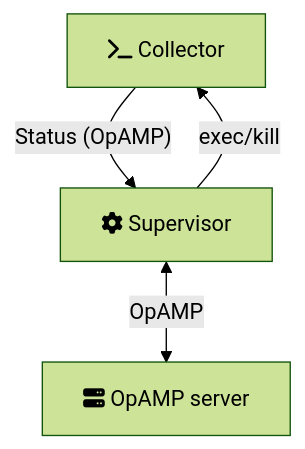
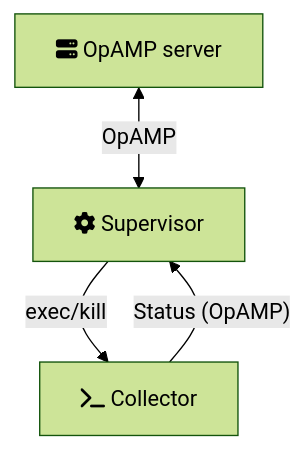
The diagram in diagram/supervised-control.mmd (evan-bradley/supervisor-talk), drawn with Mermaid (forest theme) before and after one commit. The commit also changed 1 other file, not shown here.

Commit message:
Move Server node to the top of the flow

```diff
--- a/diagram/supervised-control.mmd
+++ b/diagram/supervised-control.mmd
@@ -1,13 +1,13 @@
 flowchart TB
     server["fa:fa-server OpAMP server"]
     collector["fa:fa-terminal Collector"]
     supervisor["fa:fa-gear Supervisor"]
 
+    server <-->|OpAMP| supervisor
     collector -->|"Status (OpAMP)"| supervisor
-    supervisor <-->|OpAMP| server
     supervisor -->|exec/kill| collector
 
 
 class supervisor,collector,server box;
 %% class PR,main,Release,uu,Hotfix,Testing,release2,artifacts rounded;
 %% class upstream,distro container;
```
